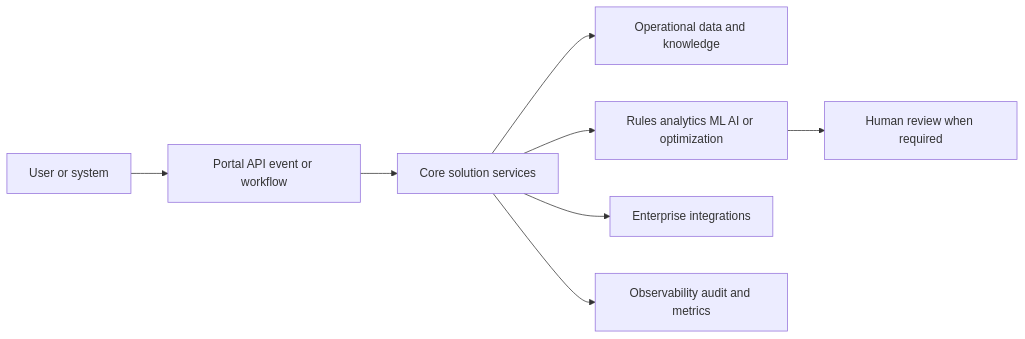
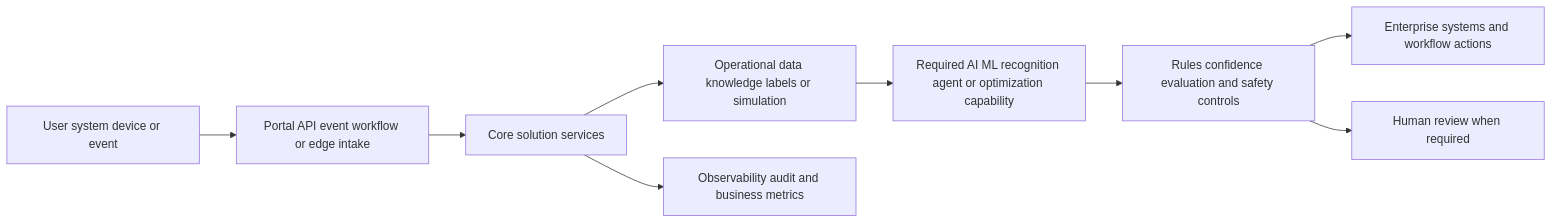
Before and after one commit to wildersa/azure_ref_kit: the second of 2 diagrams in docs/opportunities/opportunity-template.md, drawn with Mermaid. The commit also changed other lines of this file, not shown here.

Commit message:
fix: require intelligent capability details in opportunity template

````diff
--- a/docs/opportunities/opportunity-template.md
+++ b/docs/opportunities/opportunity-template.md
@@ -53,10 +68,11 @@
 ```mermaid
 flowchart LR
-  User[User or system] --> Entry[Portal API event or workflow]
+  User[User system device or event] --> Entry[Portal API event workflow or edge intake]
   Entry --> Core[Core solution services]
-  Core --> Data[Operational data and knowledge]
-  Core --> Intelligence[Rules analytics ML AI or optimization]
-  Core --> Integration[Enterprise integrations]
-  Core --> Audit[Observability audit and metrics]
-  Intelligence --> Human[Human review when required]
+  Core --> Data[Operational data knowledge labels or simulation]
+  Data --> Intelligence[Required AI ML recognition agent or optimization capability]
+  Intelligence --> Validation[Rules confidence evaluation and safety controls]
+  Validation --> Integration[Enterprise systems and workflow actions]
+  Validation --> Human[Human review when required]
+  Core --> Audit[Observability audit and business metrics]
 ```
````
